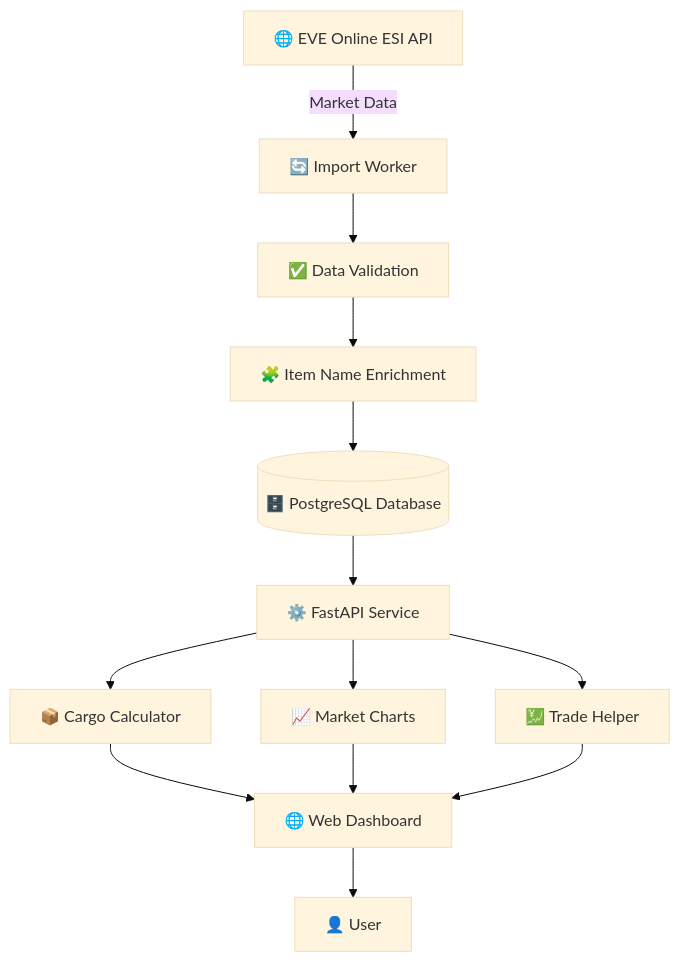
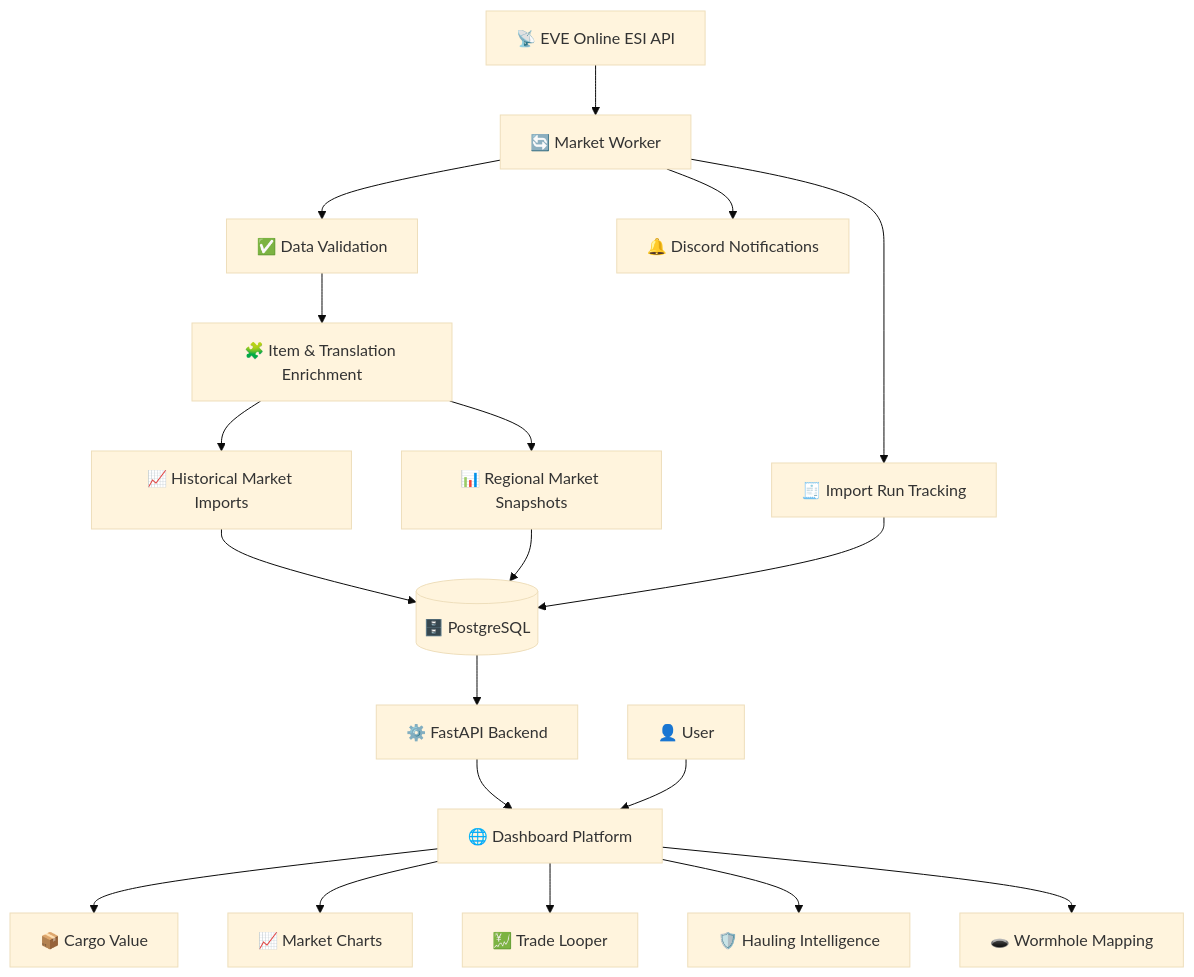
The diagram in diagrams/data-flow.md (Relis-lol/homelab-hybrid-cloud-platform), drawn with Mermaid (base theme) before and after one commit.

````diff
--- a/diagrams/data-flow.md
+++ b/diagrams/data-flow.md
@@ -3,49 +3,63 @@
 ```mermaid
 graph TD
 
 %% ----------- SOURCE -----------
-ESI["🌐 EVE Online ESI API"]
+ESI["📡 EVE Online ESI API"]
 
-%% ----------- IMPORT -----------
-Worker["🔄 Import Worker"]
+%% ----------- WORKER -----------
+Worker["🔄 Market Worker"]
+Validation["✅ Data Validation"]
+Enrichment["🧩 Item & Translation Enrichment"]
+Snapshots["📊 Regional Market Snapshots"]
+History["📈 Historical Market Imports"]
 
-%% ----------- PROCESSING -----------
-Validation["✅ Data Validation"]
-Enrichment["🧩 Item Name Enrichment"]
-
-%% ----------- STORAGE -----------
-DB[(🗄️ PostgreSQL Database)]
+%% ----------- DATABASE -----------
+DB[(🗄️ PostgreSQL)]
 
 %% ----------- API -----------
-API["⚙️ FastAPI Service"]
+API["⚙️ FastAPI Backend"]
 
 %% ----------- FRONTEND -----------
-Frontend["🌐 Web Dashboard"]
+Dashboard["🌐 Dashboard Platform"]
 
-%% ----------- FEATURES -----------
-Cargo["📦 Cargo Calculator"]
+%% ----------- MODULES -----------
+Cargo["📦 Cargo Value"]
 Charts["📈 Market Charts"]
-Trade["💹 Trade Helper"]
+TradeLooper["💹 Trade Looper"]
+RouteRisk["🛡️ Hauling Intelligence"]
+WHMapper["🕳️ Wormhole Mapping"]
+
+%% ----------- OBSERVABILITY -----------
+Runs["🧾 Import Run Tracking"]
+Discord["🔔 Discord Notifications"]
 
 %% ----------- USER -----------
 User["👤 User"]
 
-%% ----------- FLOW -----------
-ESI -->|Market Data| Worker
-
+%% ----------- INGESTION FLOW -----------
+ESI --> Worker
 Worker --> Validation
 Validation --> Enrichment
-Enrichment --> DB
+Enrichment --> History
+Enrichment --> Snapshots
 
+History --> DB
+Snapshots --> DB
+Worker --> Runs
+Runs --> DB
+Worker --> Discord
+
+%% ----------- API FLOW -----------
 DB --> API
+API --> Dashboard
 
-API --> Cargo
-API --> Charts
-API --> Trade
+%% ----------- DASHBOARD MODULES -----------
+Dashboard --> Cargo
+Dashboard --> Charts
+Dashboard --> TradeLooper
+Dashboard --> RouteRisk
+Dashboard --> WHMapper
 
-Cargo --> Frontend
-Charts --> Frontend
-Trade --> Frontend
-
-Frontend --> User
+%% ----------- USER FLOW -----------
+User --> Dashboard
 ```
````
